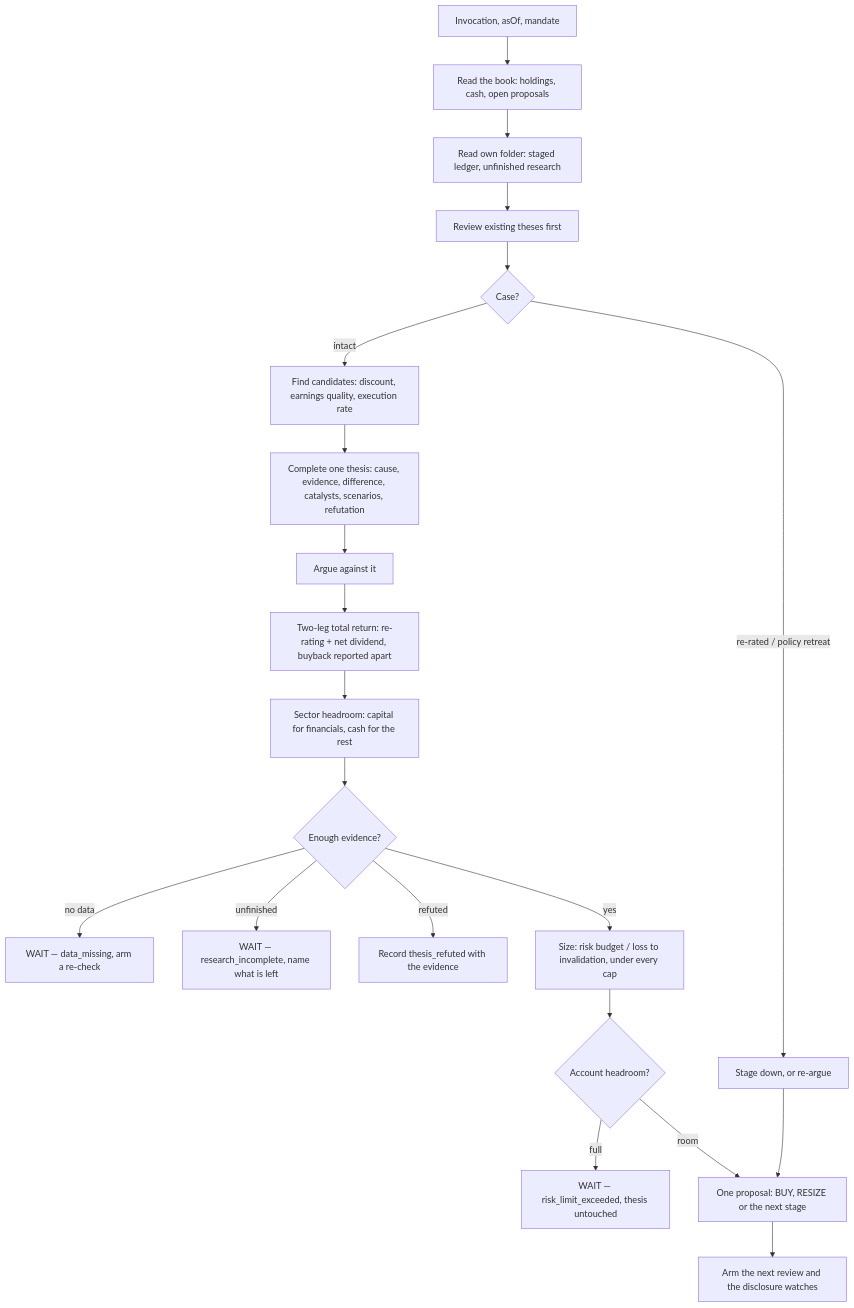
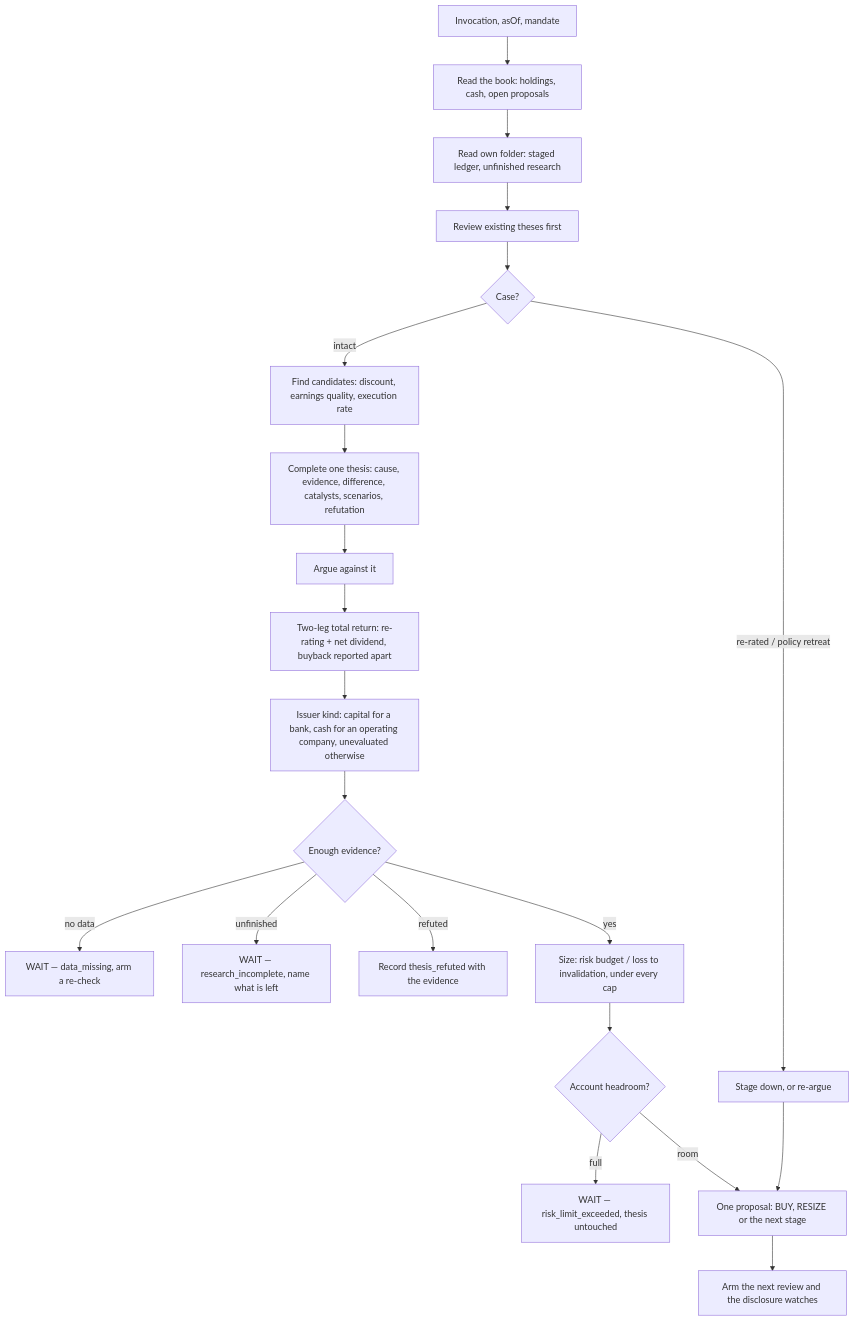
One commit to untilled/aumos-catalogue changed the diagram in managers/shareholder-rerating/README.md. Above: the diagram before and after it, drawn with Mermaid. The commit also changed other lines of this file and 12 other files, not shown here.

````diff
--- a/managers/shareholder-rerating/README.md
+++ b/managers/shareholder-rerating/README.md
@@ -67,23 +88,23 @@
 ```mermaid
 flowchart TD
   A[Invocation, asOf, mandate] --> B[Read the book: holdings, cash, open proposals]
   B --> C[Read own folder: staged ledger, unfinished research]
   C --> D[Review existing theses first]
   D --> E{Case?}
   E -->|re-rated / policy retreat| F[Stage down, or re-argue]
   E -->|intact| G[Find candidates: discount, earnings quality, execution rate]
   G --> H[Complete one thesis: cause, evidence, difference, catalysts, scenarios, refutation]
   H --> I[Argue against it]
   I --> J[Two-leg total return: re-rating + net dividend, buyback reported apart]
-  J --> K[Sector headroom: capital for financials, cash for the rest]
+  J --> K[Issuer kind: capital for a bank, cash for an operating company, unevaluated otherwise]
   K --> L{Enough evidence?}
   L -->|no data| M[WAIT — data_missing, arm a re-check]
   L -->|unfinished| N[WAIT — research_incomplete, name what is left]
   L -->|refuted| O[Record thesis_refuted with the evidence]
   L -->|yes| P[Size: risk budget / loss to invalidation, under every cap]
   P --> Q{Account headroom?}
   Q -->|full| R[WAIT — risk_limit_exceeded, thesis untouched]
   Q -->|room| S[One proposal: BUY, RESIZE or the next stage]
   F --> S
   S --> T[Arm the next review and the disclosure watches]
 ```
````
